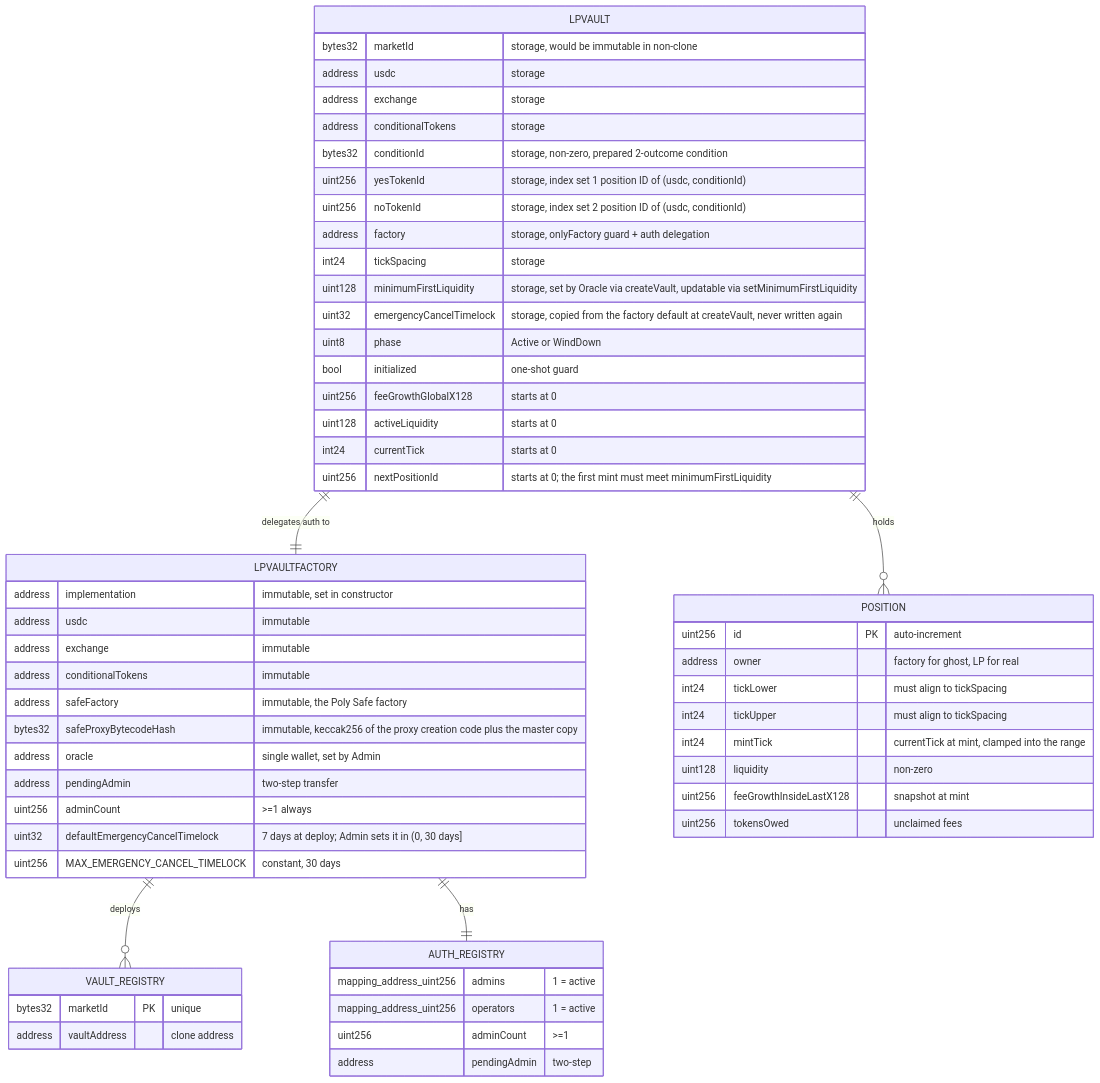
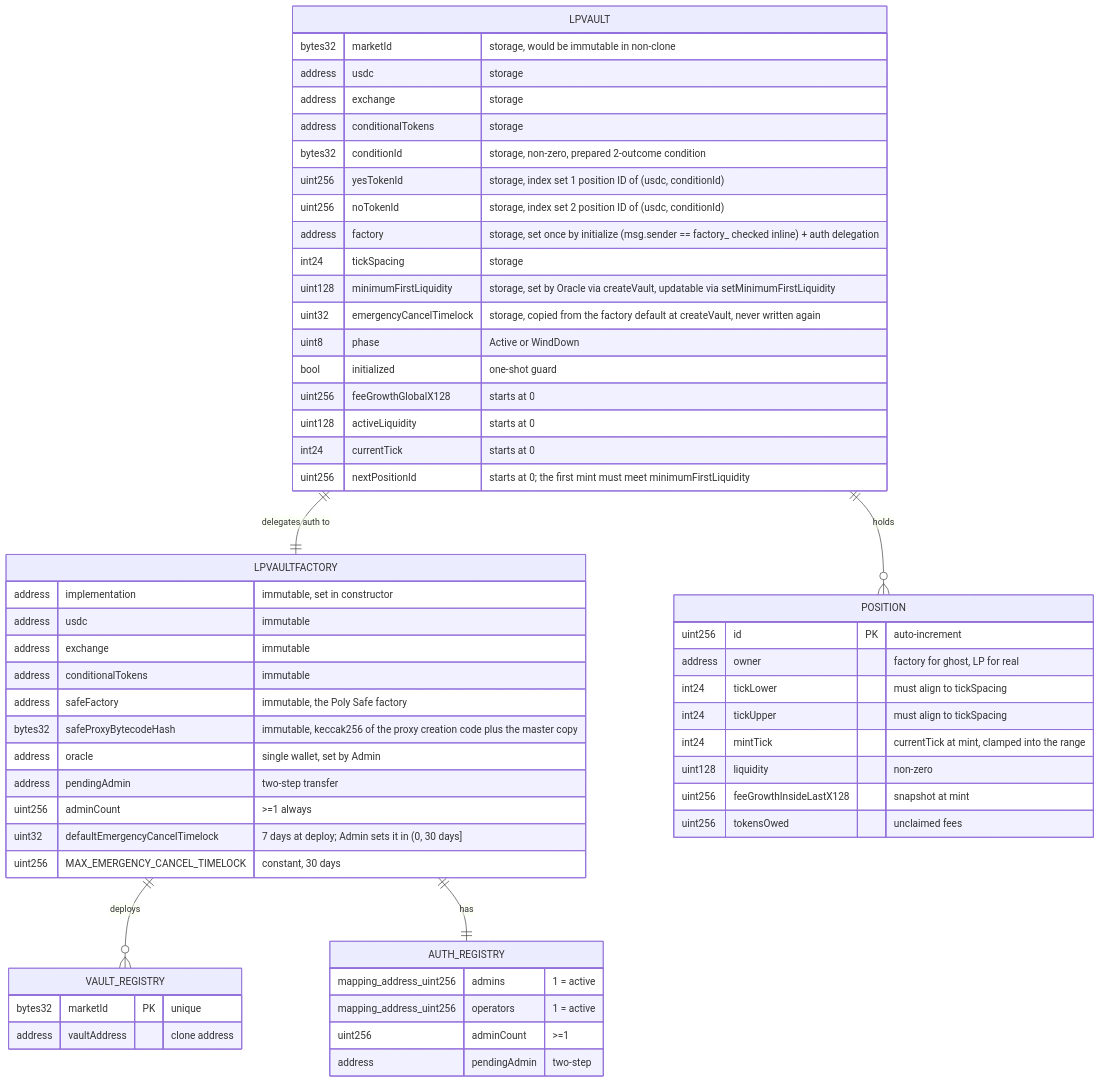
One commit to ProphetMarket/lp-vaults changed the third of 4 diagrams in specs/features/contracts/FEAT-REPZ-deploy-lp-vault-for-a-market/ARCHITECTURE.md. Above: the diagram before and after it, drawn with Mermaid. The commit also changed other lines of this file and 15 other files, not shown here.

````diff
--- a/specs/features/contracts/FEAT-REPZ-deploy-lp-vault-for-a-market/ARCHITECTURE.md
+++ b/specs/features/contracts/FEAT-REPZ-deploy-lp-vault-for-a-market/ARCHITECTURE.md
@@ -64,59 +64,59 @@
 ```mermaid
 erDiagram
     LPVAULTFACTORY {
         address implementation "immutable, set in constructor"
         address usdc "immutable"
         address exchange "immutable"
         address conditionalTokens "immutable"
         address safeFactory "immutable, the Poly Safe factory"
         bytes32 safeProxyBytecodeHash "immutable, keccak256 of the proxy creation code plus the master copy"
         address oracle "single wallet, set by Admin"
         address pendingAdmin "two-step transfer"
         uint256 adminCount ">=1 always"
         uint32 defaultEmergencyCancelTimelock "7 days at deploy; Admin sets it in (0, 30 days]"
         uint256 MAX_EMERGENCY_CANCEL_TIMELOCK "constant, 30 days"
     }
     LPVAULTFACTORY ||--o{ VAULT_REGISTRY : "deploys"
     VAULT_REGISTRY {
         bytes32 marketId PK "unique"
         address vaultAddress "clone address"
     }
     LPVAULT {
         bytes32 marketId "storage, would be immutable in non-clone"
         address usdc "storage"
         address exchange "storage"
         address conditionalTokens "storage"
         bytes32 conditionId "storage, non-zero, prepared 2-outcome condition"
         uint256 yesTokenId "storage, index set 1 position ID of (usdc, conditionId)"
         uint256 noTokenId "storage, index set 2 position ID of (usdc, conditionId)"
-        address factory "storage, onlyFactory guard + auth delegation"
+        address factory "storage, set once by initialize (msg.sender == factory_ checked inline) + auth delegation"
         int24 tickSpacing "storage"
         uint128 minimumFirstLiquidity "storage, set by Oracle via createVault, updatable via setMinimumFirstLiquidity"
         uint32 emergencyCancelTimelock "storage, copied from the factory default at createVault, never written again"
         uint8 phase "Active or WindDown"
         bool initialized "one-shot guard"
         uint256 feeGrowthGlobalX128 "starts at 0"
         uint128 activeLiquidity "starts at 0"
         int24 currentTick "starts at 0"
         uint256 nextPositionId "starts at 0; the first mint must meet minimumFirstLiquidity"
     }
     LPVAULT ||--o{ POSITION : "holds"
     POSITION {
         uint256 id PK "auto-increment"
         address owner "factory for ghost, LP for real"
         int24 tickLower "must align to tickSpacing"
         int24 tickUpper "must align to tickSpacing"
         int24 mintTick "currentTick at mint, clamped into the range"
         uint128 liquidity "non-zero"
         uint256 feeGrowthInsideLastX128 "snapshot at mint"
         uint256 tokensOwed "unclaimed fees"
     }
     AUTH_REGISTRY {
         mapping_address_uint256 admins "1 = active"
         mapping_address_uint256 operators "1 = active"
         uint256 adminCount ">=1"
         address pendingAdmin "two-step"
     }
     LPVAULTFACTORY ||--|| AUTH_REGISTRY : "has"
     LPVAULT ||--|| LPVAULTFACTORY : "delegates auth to"
 ```
````
